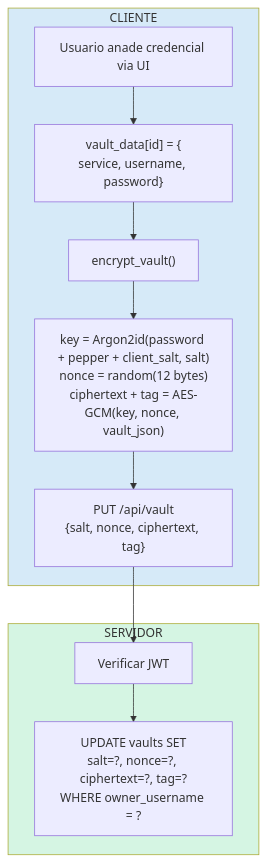
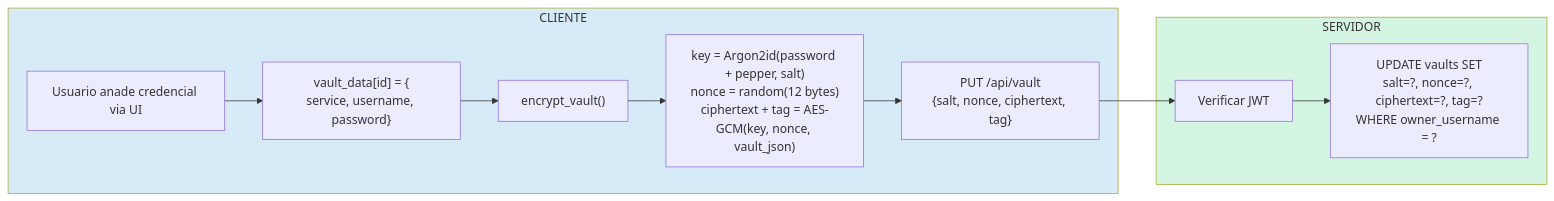
The sixth of 9 diagrams in INFORME_TECNICO.md (DavidHerencia/password_manager_crypto), drawn with Mermaid before and after one commit. The commit also changed other lines of this file and 2 other files, not shown here.

Commit message:
salt now is explicitly checked

````diff
--- a/INFORME_TECNICO.md
+++ b/INFORME_TECNICO.md
@@ -350,27 +374,27 @@
 ```mermaid
-flowchart TB
+flowchart LR
     subgraph Cliente["CLIENTE"]
         U["Usuario anade credencial via UI"]
         VD["vault_data[id] = {<br/>service, username, password}"]
         ENC["encrypt_vault()"]
-        ENCDET["key = Argon2id(password + pepper + client_salt, salt)<br/>nonce = random(12 bytes)<br/>ciphertext + tag = AES-GCM(key, nonce, vault_json)"]
+        ENCDET["key = Argon2id(password + pepper, salt)<br/>nonce = random(12 bytes)<br/>ciphertext + tag = AES-GCM(key, nonce, vault_json)"]
         PUT["PUT /api/vault<br/>{salt, nonce, ciphertext, tag}"]
         
         U --> VD
         VD --> ENC
         ENC --> ENCDET
         ENCDET --> PUT
     end
     
     subgraph Servidor["SERVIDOR"]
         JWT["Verificar JWT"]
         UPD["UPDATE vaults SET<br/>salt=?, nonce=?, ciphertext=?, tag=?<br/>WHERE owner_username = ?"]
         
         JWT --> UPD
     end
     
     PUT --> JWT
     
     style Cliente fill:#D6EAF8
     style Servidor fill:#D5F5E3
 ```
````
